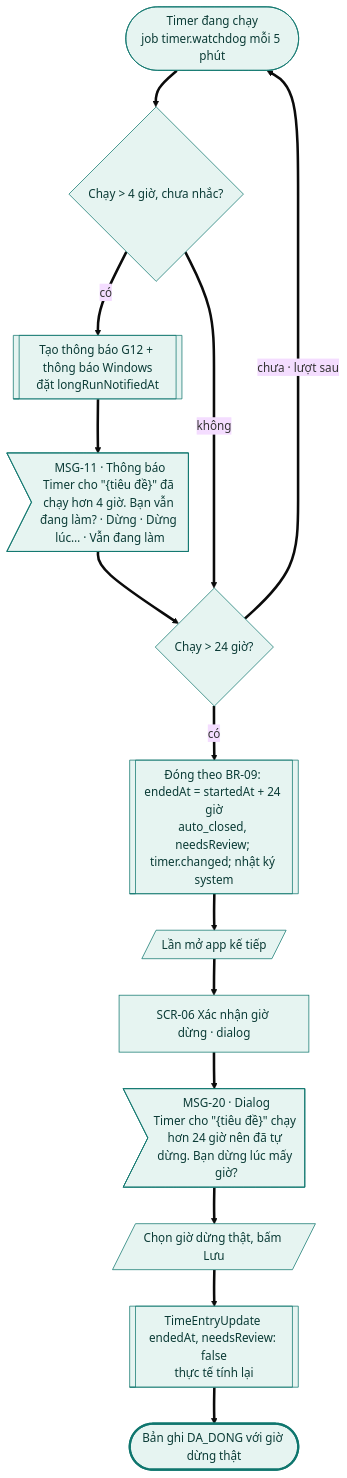
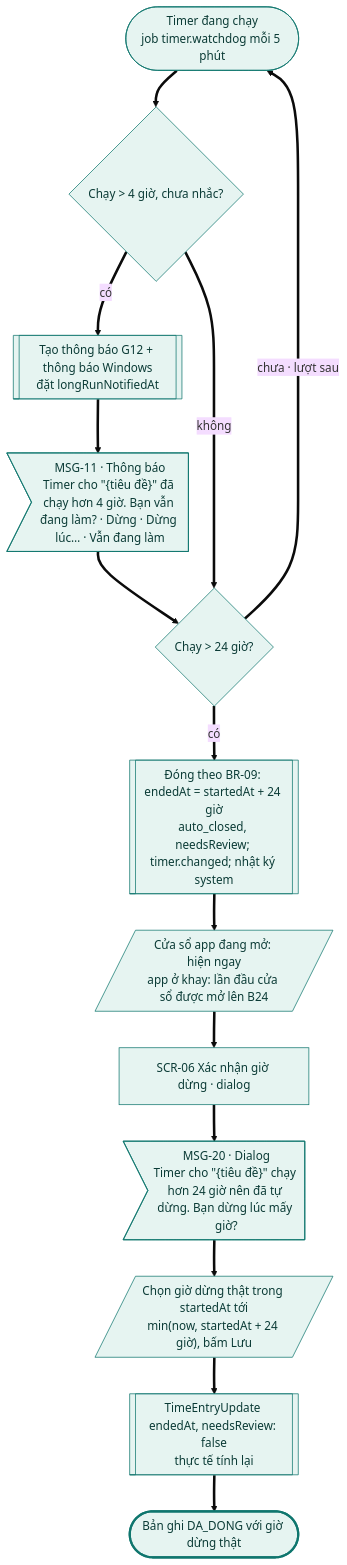
One commit to tannguyenho/personal-app changed the ninth of 12 diagrams in docs/design-brief/flow/g07-focus-timer.md. Above: the diagram before and after it, drawn with Mermaid (base theme). The commit also changed other lines of this file and 7 other files, not shown here.

First line of the commit message:
docs(G05, G07): áp quyết định PO 09/11 vào SRS, PRD, flow; QC-10, IA khay

````diff
--- a/docs/design-brief/flow/g07-focus-timer.md
+++ b/docs/design-brief/flow/g07-focus-timer.md
@@ -415,33 +423,33 @@
 ```mermaid
 flowchart TD
   start(["Timer đang chạy<br/>job timer.watchdog mỗi 5 phút"])
   d1{"Chạy > 4 giờ, chưa nhắc?"}
   p1[["Tạo thông báo G12 + thông báo Windows<br/>đặt longRunNotifiedAt"]]
   m1>"MSG-11 · Thông báo<br/>Timer cho #quot;{tiêu đề}#quot; đã chạy hơn 4 giờ. Bạn vẫn đang làm? · Dừng · Dừng lúc… · Vẫn đang làm"]
   d2{"Chạy > 24 giờ?"}
   p2[["Đóng theo BR-09: endedAt = startedAt + 24 giờ<br/>auto_closed, needsReview; timer.changed; nhật ký system"]]
-  u1[/"Lần mở app kế tiếp"/]
+  u1[/"Cửa sổ app đang mở: hiện ngay<br/>app ở khay: lần đầu cửa sổ được mở lên B24"/]
   s1["SCR-06 Xác nhận giờ dừng · dialog"]
   m2>"MSG-20 · Dialog<br/>Timer cho #quot;{tiêu đề}#quot; chạy hơn 24 giờ nên đã tự dừng. Bạn dừng lúc mấy giờ?"]
-  u2[/"Chọn giờ dừng thật, bấm Lưu"/]
+  u2[/"Chọn giờ dừng thật trong startedAt tới<br/>min(now, startedAt + 24 giờ), bấm Lưu"/]
   p3[["TimeEntryUpdate endedAt, needsReview: false<br/>thực tế tính lại"]]
   ok(["Bản ghi DA_DONG với giờ dừng thật"])
 
   start ==> d1
   d1 ==>|"có"| p1 ==> m1 ==> d2
   d1 ==>|"không"| d2
   d2 ==>|"chưa · lượt sau"| start
   d2 ==>|"có"| p2 ==> u1 ==> s1 ==> m2 ==> u2 ==> p3 ==> ok
 
   class start,d1,p1,m1,d2,p2,u1,s1,m2,u2,p3 happy
   class ok done
   classDef happy fill:#E6F4F1,stroke:#0F766E,color:#0B3B36
   classDef alt fill:#F1F3F5,stroke:#6B7280,color:#1F2937
   classDef err fill:#FDECEC,stroke:#B42318,color:#5C1010
   classDef warn fill:#FEF4E2,stroke:#B45309,color:#4A2604
   classDef ai fill:#F1ECFD,stroke:#6D28D9,color:#2E1065
   classDef sync fill:#FFFFFF,stroke:#6B7280,stroke-dasharray:4 3,color:#1F2937
   classDef link fill:#FFFFFF,stroke:#0F766E,stroke-dasharray:4 3,color:#0B3B36
   classDef done fill:#E6F4F1,stroke:#0F766E,stroke-width:3px,color:#0B3B36
   classDef fail fill:#FDECEC,stroke:#B42318,stroke-width:3px,color:#5C1010
 ```
````
